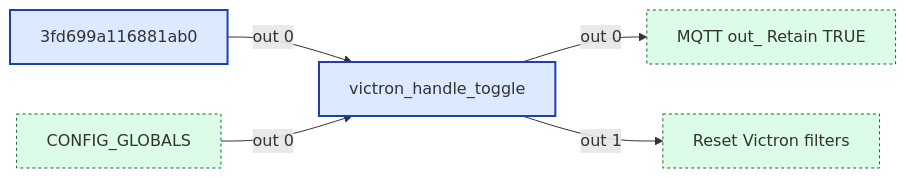
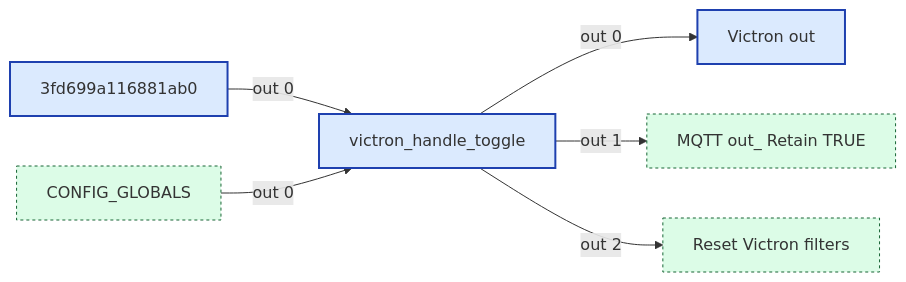
One commit to Backroads4Me/librecoach-node-red changed the sixth of 13 diagrams in src/wiring/victron.md. Above: the diagram before and after it, drawn with Mermaid. The commit also changed other lines of this file and 3 other files, not shown here.

````diff
--- a/src/wiring/victron.md
+++ b/src/wiring/victron.md
@@ -193,18 +193,20 @@
 ```mermaid
 flowchart LR
   classDef fn fill:#dbeafe,stroke:#1e40af,stroke-width:2px
   classDef ui fill:#ede9fe,stroke:#5b21b6,stroke-width:2px
   classDef sub fill:#fef3c7,stroke:#92400e,stroke-width:2px
   classDef link fill:#dcfce7,stroke:#166534,stroke-width:1px,stroke-dasharray:3 3
   classDef config fill:#f3f4f6,stroke:#6b7280,stroke-width:1px,stroke-dasharray:2 2
   classDef disabled opacity:0.5,stroke-dasharray:4 4
   n_3fd699a11688["3fd699a116881ab0"]:::fn
   n_48292ec85eb7["victron_handle_toggle"]:::fn
+  n_711d5e849935["Victron out"]:::fn
   n_71ac45fb64bf["Reset Victron filters"]:::link
   n_8fdd1d506d28["CONFIG_GLOBALS"]:::link
   n_e371075d4dbf["MQTT out_ Retain TRUE"]:::link
   n_3fd699a11688 -->|out 0| n_48292ec85eb7
-  n_48292ec85eb7 -->|out 0| n_e371075d4dbf
-  n_48292ec85eb7 -->|out 1| n_71ac45fb64bf
+  n_48292ec85eb7 -->|out 0| n_711d5e849935
+  n_48292ec85eb7 -->|out 1| n_e371075d4dbf
+  n_48292ec85eb7 -->|out 2| n_71ac45fb64bf
   n_8fdd1d506d28 -->|out 0| n_48292ec85eb7
 ```
````
